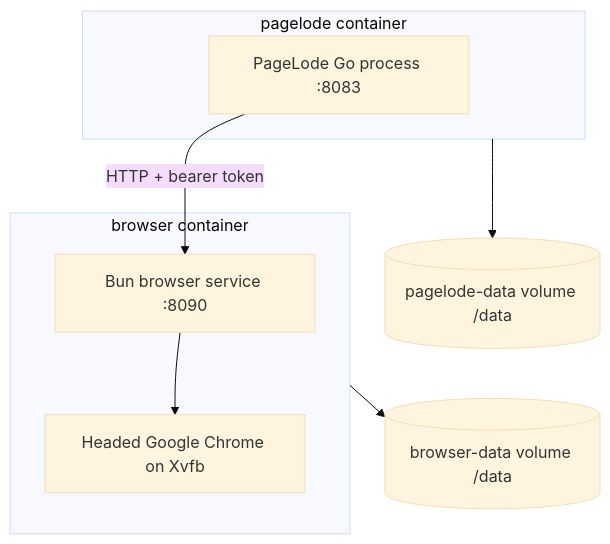
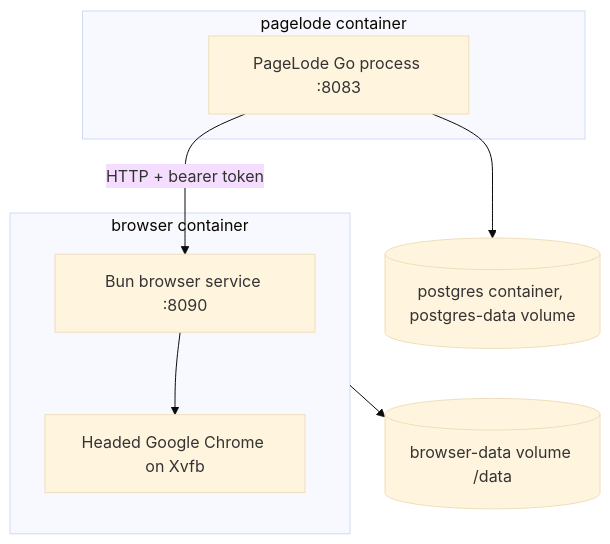
Before and after one commit to simonbalfe/pagelode: the seventh of 8 diagrams in docs/architecture.md, drawn with Mermaid (base theme). The commit also changed other lines of this file and 125 other files, not shown here.

````diff
--- a/docs/architecture.md
+++ b/docs/architecture.md
@@ -270,12 +254,12 @@
 ```mermaid
 flowchart TB
     subgraph PL[pagelode container]
         Go[PageLode Go process :8083]
     end
     subgraph BR[browser container]
         Service[Bun browser service :8090] --> Chrome[Headed Google Chrome on Xvfb]
     end
     Go -->|HTTP + bearer token| Service
-    PL --> StateVolume[(pagelode-data volume /data)]
+    Go --> PG[(postgres container, postgres-data volume)]
     BR --> Volume[(browser-data volume /data)]
 ```
````
